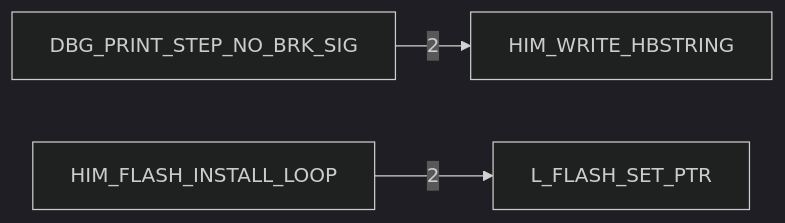
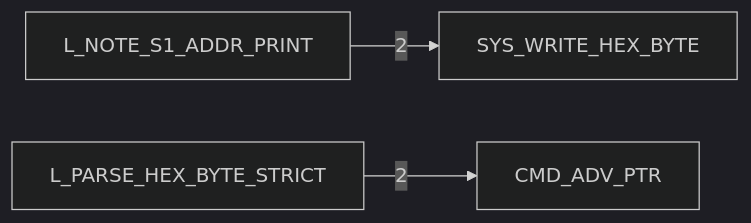
One commit to 95westus/R-YORS changed the fifth of 6 diagrams in DOC/GENERATED/HIMON_COMMAND_MAP.md. Above: the diagram before and after it, drawn with Mermaid (dark theme). The commit also changed other lines of this file and 29 other files, not shown here.

````diff
--- a/DOC/GENERATED/HIMON_COMMAND_MAP.md
+++ b/DOC/GENERATED/HIMON_COMMAND_MAP.md
@@ -78,5 +78,5 @@
 ```mermaid
 flowchart LR
-    N_DBG_PRINT_STEP_NO_BRK_SIG[DBG_PRINT_STEP_NO_BRK_SIG] -->|2| N_HIM_WRITE_HBSTRING[HIM_WRITE_HBSTRING]
-    N_HIM_FLASH_INSTALL_LOOP[HIM_FLASH_INSTALL_LOOP] -->|2| N_L_FLASH_SET_PTR[L_FLASH_SET_PTR]
+    N_L_NOTE_S1_ADDR_PRINT[L_NOTE_S1_ADDR_PRINT] -->|2| N_SYS_WRITE_HEX_BYTE[SYS_WRITE_HEX_BYTE]
+    N_L_PARSE_HEX_BYTE_STRICT[L_PARSE_HEX_BYTE_STRICT] -->|2| N_CMD_ADV_PTR[CMD_ADV_PTR]
 ```
````
